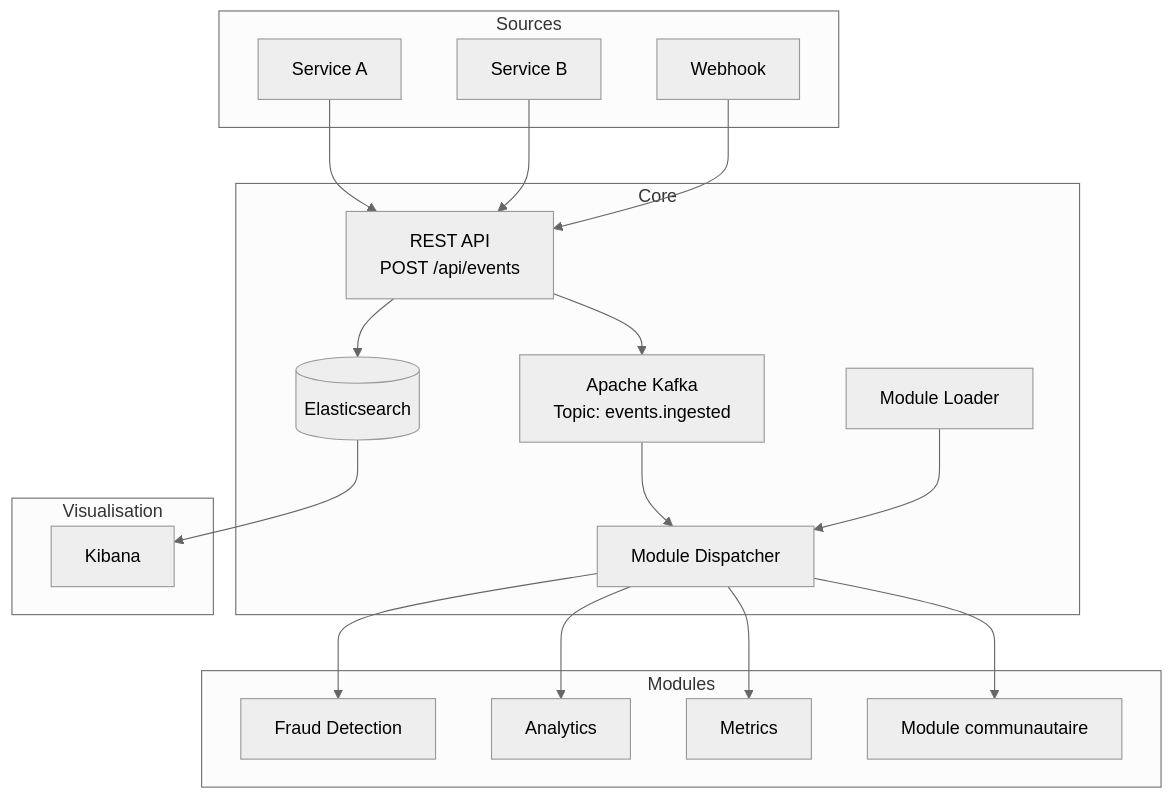
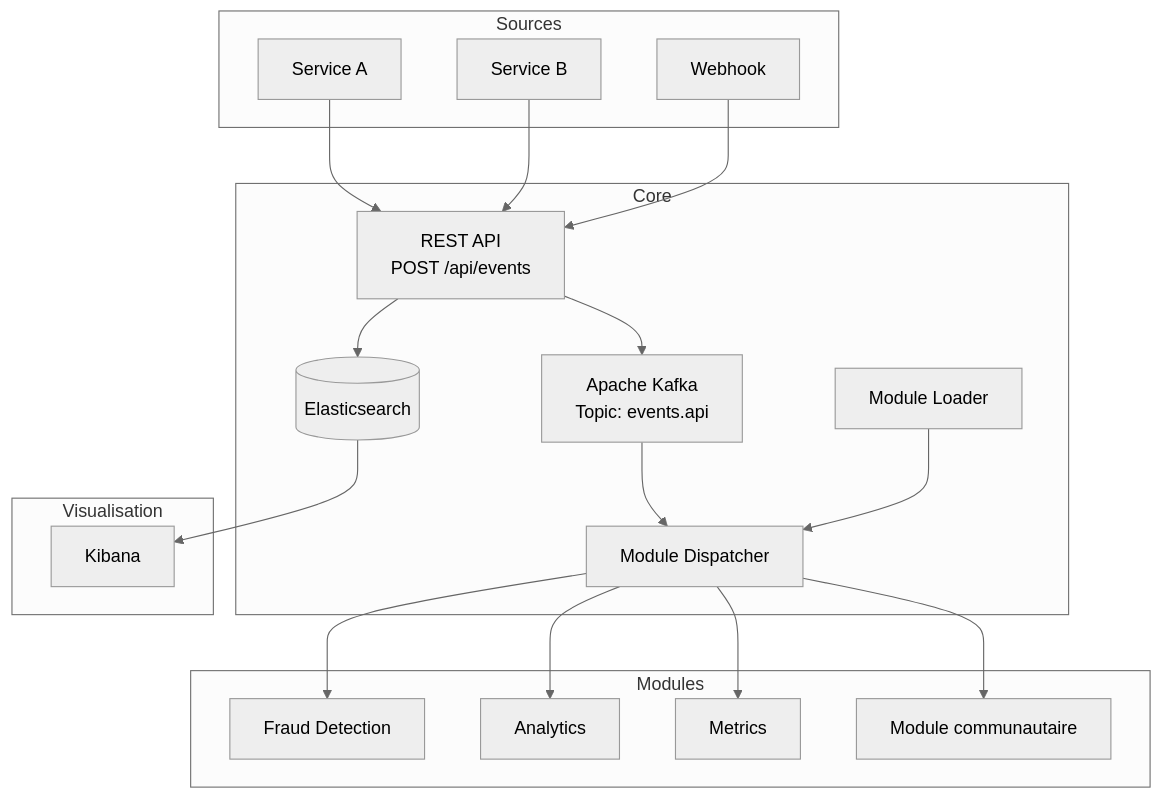
The diagram in docs/fr/architecture/index.md (Processing-Modular-Events/pme-docs), drawn with Mermaid (neutral theme) before and after one commit. The commit also changed other lines of this file and 1 other file, not shown here.

Commit message:
Rename Kafka topic events.ingested to events.api

````diff
--- a/docs/fr/architecture/index.md
+++ b/docs/fr/architecture/index.md
@@ -5,35 +5,35 @@
 ```mermaid
 graph TB
     subgraph Sources
         S1[Service A]
         S2[Service B]
         S3[Webhook]
     end
 
     subgraph Core
         API[REST API<br/>POST /api/events]
         ES[(Elasticsearch)]
-        K[Apache Kafka<br/>Topic: events.ingested]
+        K[Apache Kafka<br/>Topic: events.api]
         ML[Module Loader]
         MD[Module Dispatcher]
     end
 
     subgraph Modules
         M1[Fraud Detection]
         M2[Analytics]
         M3[Metrics]
         M4[Module communautaire]
     end
 
     subgraph Visualisation
         KB[Kibana]
     end
 
     S1 & S2 & S3 --> API
     API --> ES
     API --> K
     K --> MD
     ML --> MD
     MD --> M1 & M2 & M3 & M4
     ES --> KB
 ```
````
